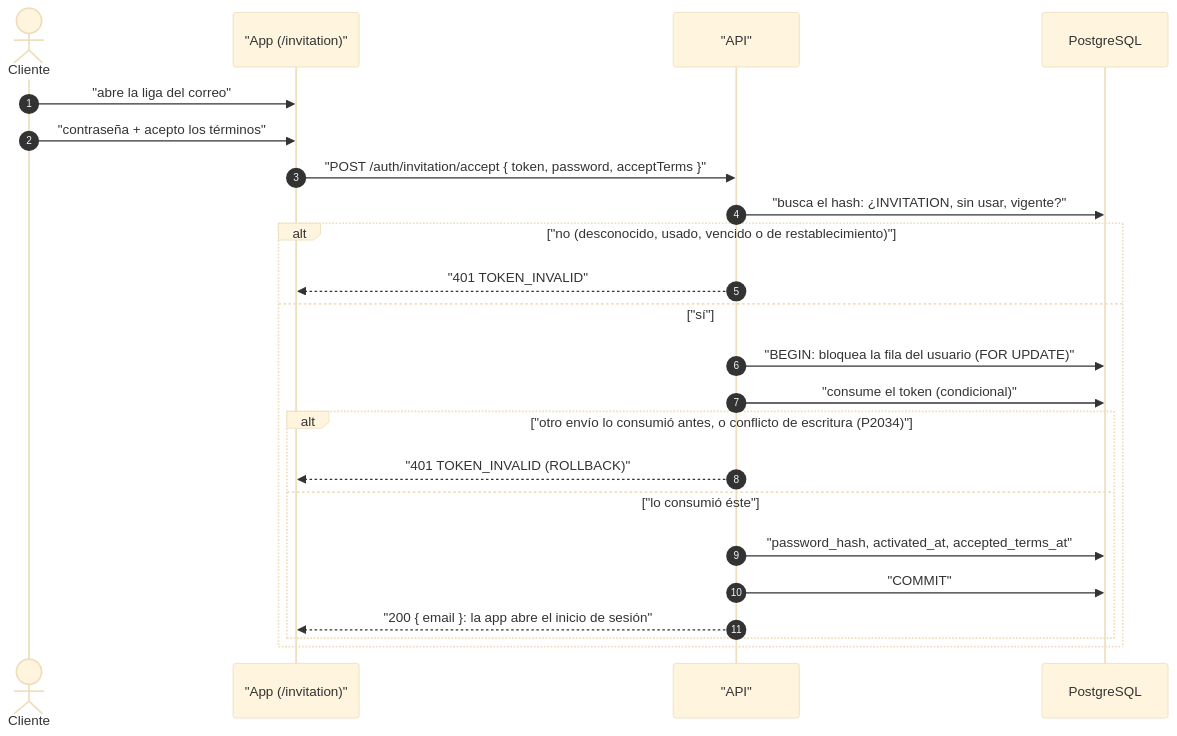
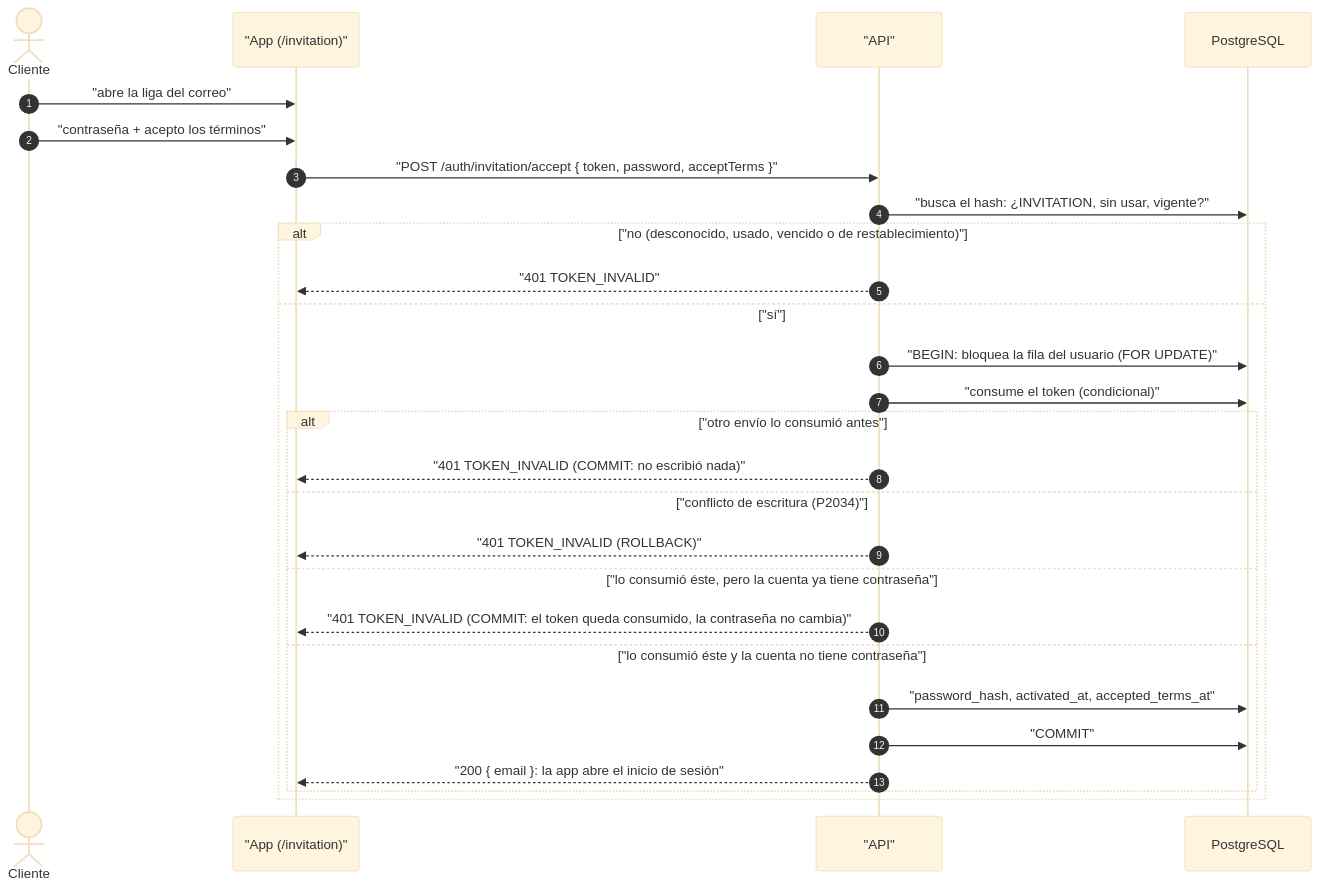
One commit to erickgs2/ruta_mochilera changed the fourth of 5 diagrams in docs/diagrams/counter-sale.md. Above: the diagram before and after it, drawn with Mermaid (base theme). The commit also changed 1 other file, not shown here.

Commit message:
docs: describe what acceptInvitation commits and rolls back
A refusal inside the transaction (token already consumed, or the account
already has a password) returns TOKEN_INVALID and commits; only a write
conflict (P2034) rolls back. The diagram said ROLLBACK for the first two.

````diff
--- a/docs/diagrams/counter-sale.md
+++ b/docs/diagrams/counter-sale.md
@@ -136,26 +136,30 @@
 ```mermaid
 sequenceDiagram
     autonumber
     actor Cl as Cliente
     participant App as "App (/invitation)"
     participant API as "API"
     participant DB as PostgreSQL
 
     Cl->>App: "abre la liga del correo"
     Cl->>App: "contraseña + acepto los términos"
     App->>API: "POST /auth/invitation/accept { token, password, acceptTerms }"
     API->>DB: "busca el hash: ¿INVITATION, sin usar, vigente?"
     alt "no (desconocido, usado, vencido o de restablecimiento)"
         API-->>App: "401 TOKEN_INVALID"
     else "sí"
         API->>DB: "BEGIN: bloquea la fila del usuario (FOR UPDATE)"
         API->>DB: "consume el token (condicional)"
-        alt "otro envío lo consumió antes, o conflicto de escritura (P2034)"
+        alt "otro envío lo consumió antes"
+            API-->>App: "401 TOKEN_INVALID (COMMIT: no escribió nada)"
+        else "conflicto de escritura (P2034)"
             API-->>App: "401 TOKEN_INVALID (ROLLBACK)"
-        else "lo consumió éste"
+        else "lo consumió éste, pero la cuenta ya tiene contraseña"
+            API-->>App: "401 TOKEN_INVALID (COMMIT: el token queda consumido, la contraseña no cambia)"
+        else "lo consumió éste y la cuenta no tiene contraseña"
             API->>DB: "password_hash, activated_at, accepted_terms_at"
             API->>DB: "COMMIT"
             API-->>App: "200 { email }: la app abre el inicio de sesión"
         end
     end
 ```
````
